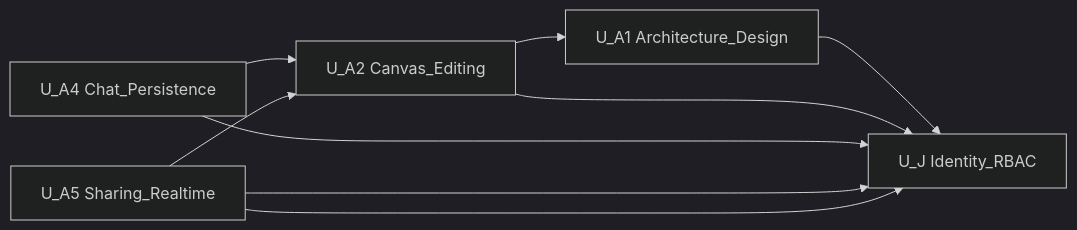
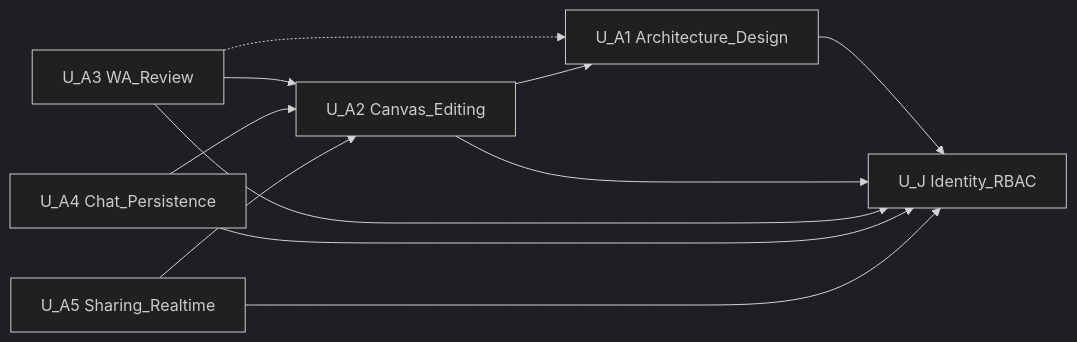
Before and after one commit to opendiamonds/awesome-firebase-use-cases: the diagram in aidlc-docs/inception/application-design/unit-of-work-dependency.md, drawn with Mermaid (dark theme). The commit also changed other lines of this file and 84 other files, not shown here.

First line of the commit message:
feat(A3): Well-Architected reviews, PDF export, and editable Lens

````diff
--- a/aidlc-docs/inception/application-design/unit-of-work-dependency.md
+++ b/aidlc-docs/inception/application-design/unit-of-work-dependency.md
@@ -10,17 +10,20 @@
 ```mermaid
 flowchart LR
   UJ[U_J Identity_RBAC]
   UA1[U_A1 Architecture_Design]
   UA2[U_A2 Canvas_Editing]
+  UA3[U_A3 WA_Review]
   UA4[U_A4 Chat_Persistence]
   UA5[U_A5 Sharing_Realtime]
 
   UA1 --> UJ
   UA2 --> UJ
+  UA3 --> UJ
+  UA3 --> UA2
+  UA3 -.-> UA1
   UA4 --> UJ
   UA5 --> UJ
   UA2 --> UA1
   UA4 --> UA2
   UA5 --> UA2
-  UA5 --> UJ
 ```
````
